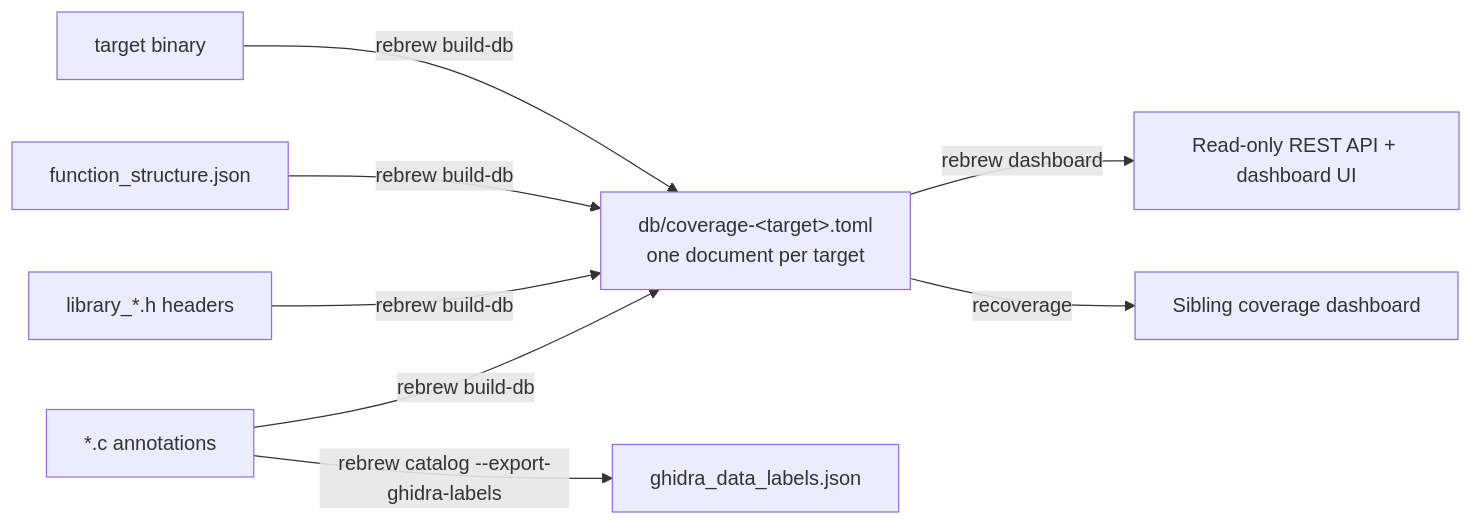
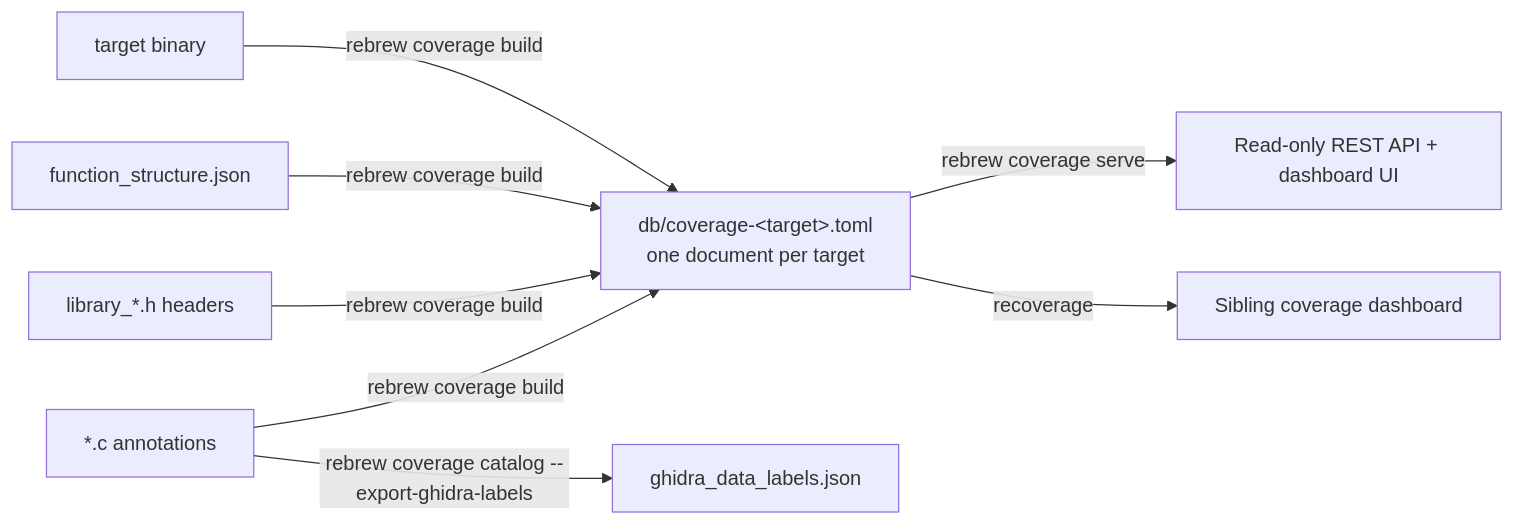
One commit to maci0/rebrew changed the diagram in docs/COVERAGE_DOCUMENT.md. Above: the diagram before and after it, drawn with Mermaid. The commit also changed other lines of this file and 390 other files, not shown here.

Commit message:
Integrate Rebrew source, library, and CLI workflow fixes

````diff
--- a/docs/COVERAGE_DOCUMENT.md
+++ b/docs/COVERAGE_DOCUMENT.md
@@ -19,10 +19,10 @@
 ```mermaid
 flowchart LR
-    A["*.c annotations"] -->|rebrew build-db| C["db/coverage-&lt;target&gt;.toml<br/>one document per target"]
-    LH["library_*.h headers"] -->|rebrew build-db| C
-    FL["function_structure.json"] -->|rebrew build-db| C
-    BIN["target binary"] -->|rebrew build-db| C
-    A -->|rebrew catalog --export-ghidra-labels| GH["ghidra_data_labels.json"]
-    C -->|rebrew dashboard| D["Read-only REST API + dashboard UI"]
+    A["*.c annotations"] -->|rebrew coverage build| C["db/coverage-&lt;target&gt;.toml<br/>one document per target"]
+    LH["library_*.h headers"] -->|rebrew coverage build| C
+    FL["function_structure.json"] -->|rebrew coverage build| C
+    BIN["target binary"] -->|rebrew coverage build| C
+    A -->|rebrew coverage catalog --export-ghidra-labels| GH["ghidra_data_labels.json"]
+    C -->|rebrew coverage serve| D["Read-only REST API + dashboard UI"]
     C -->|recoverage| E["Sibling coverage dashboard"]
 ```
````
